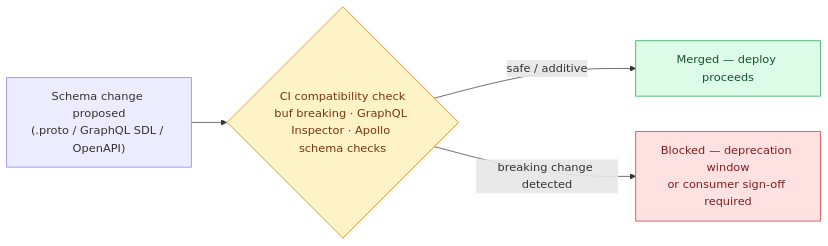
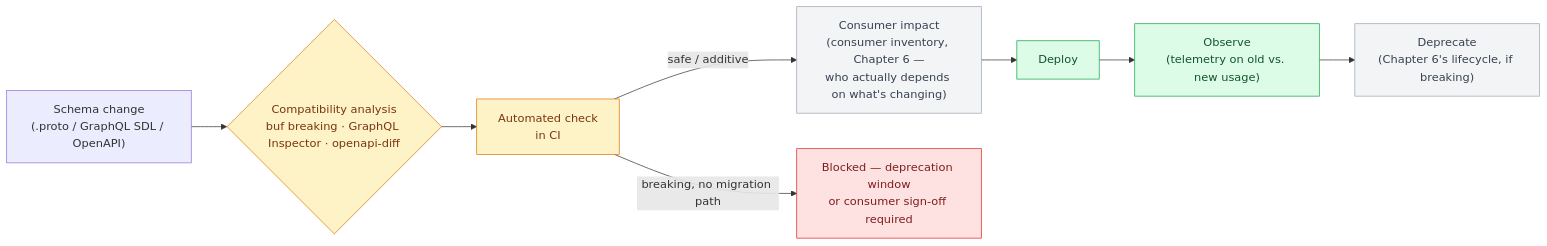
Before and after one commit to Nishamol/api-architecture-book: the third of 3 diagrams in part5-cross-cutting/19-schema-evolution-compatibility.md, drawn with Mermaid. The commit also changed other lines of this file and 19 other files, not shown here.

````diff
--- a/part5-cross-cutting/19-schema-evolution-compatibility.md
+++ b/part5-cross-cutting/19-schema-evolution-compatibility.md
@@ -110,19 +110,25 @@
 ```mermaid
 flowchart LR
-    PR["Schema change proposed<br/>(.proto / GraphQL SDL / OpenAPI)"]
-    CI{"CI compatibility check<br/>buf breaking · GraphQL Inspector · Apollo schema checks"}
-    Merge["Merged — deploy proceeds"]
+    PR["Schema change<br/>(.proto / GraphQL SDL / OpenAPI)"]
+    CI{"Compatibility analysis<br/>buf breaking · GraphQL Inspector · openapi-diff"}
+    Auto["Automated check<br/>in CI"]
+    Impact["Consumer impact<br/>(consumer inventory, Chapter 6 —<br/>who actually depends on what's changing)"]
+    Deploy["Deploy"]
+    Observe["Observe<br/>(telemetry on old vs. new usage)"]
+    Dep["Deprecate<br/>(Chapter 6's lifecycle, if breaking)"]
     Reject["Blocked — deprecation window<br/>or consumer sign-off required"]
 
-    PR --> CI
-    CI -->|safe / additive| Merge
-    CI -->|breaking change detected| Reject
+    PR --> CI --> Auto
+    Auto -->|safe / additive| Impact --> Deploy --> Observe --> Dep
+    Auto -->|breaking, no migration path| Reject
 
     classDef success fill:#dcfce7,stroke:#16a34a,color:#14532d
     classDef error fill:#fee2e2,stroke:#dc2626,color:#7f1d1d
     classDef security fill:#fef3c7,stroke:#d97706,color:#78350f
+    classDef neutral fill:#f3f4f6,stroke:#9ca3af,color:#374151
 
-    class Merge success
+    class Deploy,Observe success
     class Reject error
-    class CI security
+    class CI,Auto security
+    class Impact,Dep neutral
 ```
````
